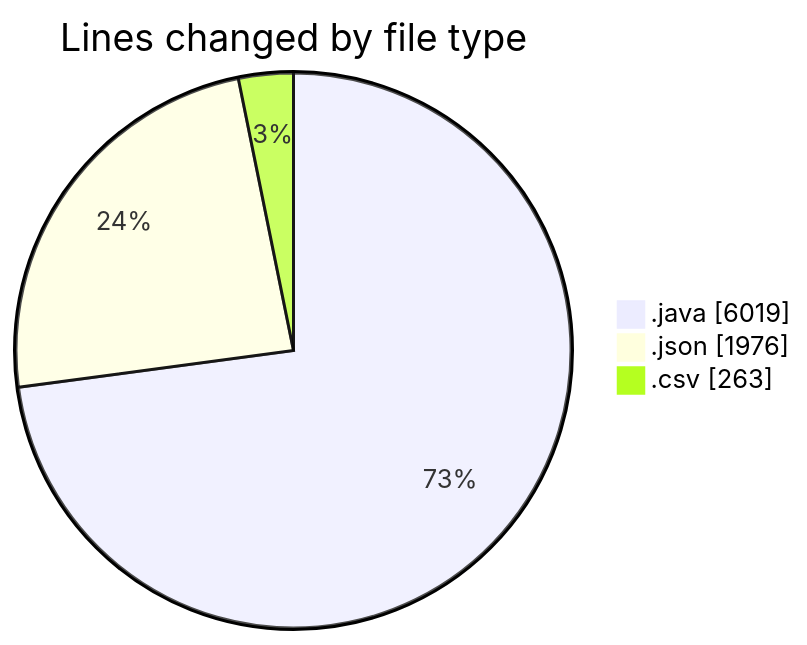
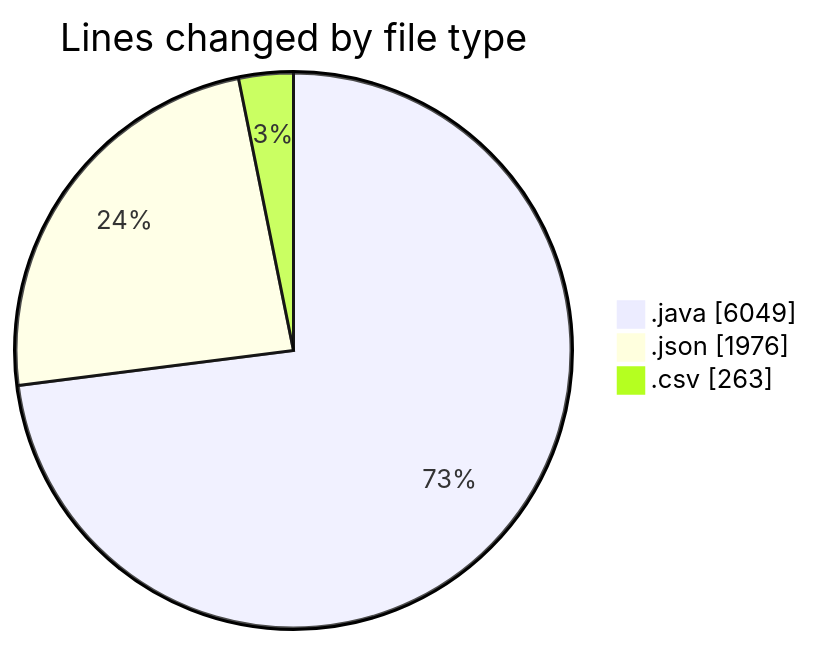
Before and after one commit to ricardozamudiocil/code-tracking: the first of 2 diagrams in 2026-02-24/cilapp/README.md, drawn with Mermaid. The commit also changed other lines of this file and 1 other file, not shown here.

````diff
--- a/2026-02-24/cilapp/README.md
+++ b/2026-02-24/cilapp/README.md
@@ -25,7 +25,7 @@
 ```mermaid
 pie showData
 title Lines changed by file type
-".java" : 6019
+".java" : 6049
 ".json" : 1976
 ".csv" : 263
 ```
````
